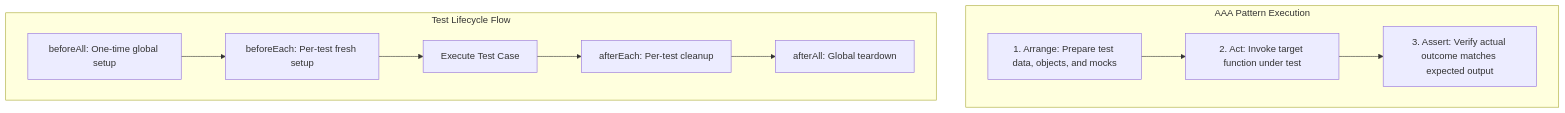
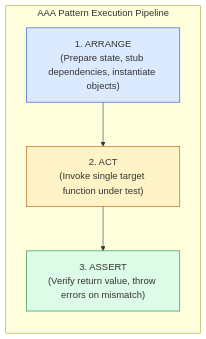
The first of 3 diagrams in js-testing/02-test-anatomy.md (Amie-dev/engineering-playbook), drawn with Mermaid before and after one commit. The commit also changed other lines of this file and 14 other files, not shown here.

First line of the commit message:
refactor: Enhance integration testing documentation with detailed architecture, testing levels comparison, and code examples

````diff
--- a/js-testing/02-test-anatomy.md
+++ b/js-testing/02-test-anatomy.md
@@ -10,14 +17,11 @@
 ```mermaid
-flowchart TD
-    subgraph AAA Pattern Execution
-        Arrange["1. Arrange: Prepare test data, objects, and mocks"] --> Act["2. Act: Invoke target function under test"]
-        Act --> Assert["3. Assert: Verify actual outcome matches expected output"]
+flowchart LR
+    subgraph AAA Pattern Execution Pipeline
+        Arrange["1. ARRANGE<br/>(Prepare state, stub dependencies, instantiate objects)"] --> Act["2. ACT<br/>(Invoke single target function under test)"]
+        Act --> Assert["3. ASSERT<br/>(Verify return value, throw errors on mismatch)"]
     end
 
-    subgraph Test Lifecycle Flow
-        beforeAll["beforeAll: One-time global setup"] --> beforeEach["beforeEach: Per-test fresh setup"]
-        beforeEach --> AAA[Execute Test Case]
-        AAA --> afterEach["afterEach: Per-test cleanup"]
-        afterEach --> afterAll["afterAll: Global teardown"]
-    end
+    style Arrange fill:#dbeafe,stroke:#1d4ed8
+    style Act fill:#fef3c7,stroke:#b45309
+    style Assert fill:#dcfce7,stroke:#15803d
 ```
````
